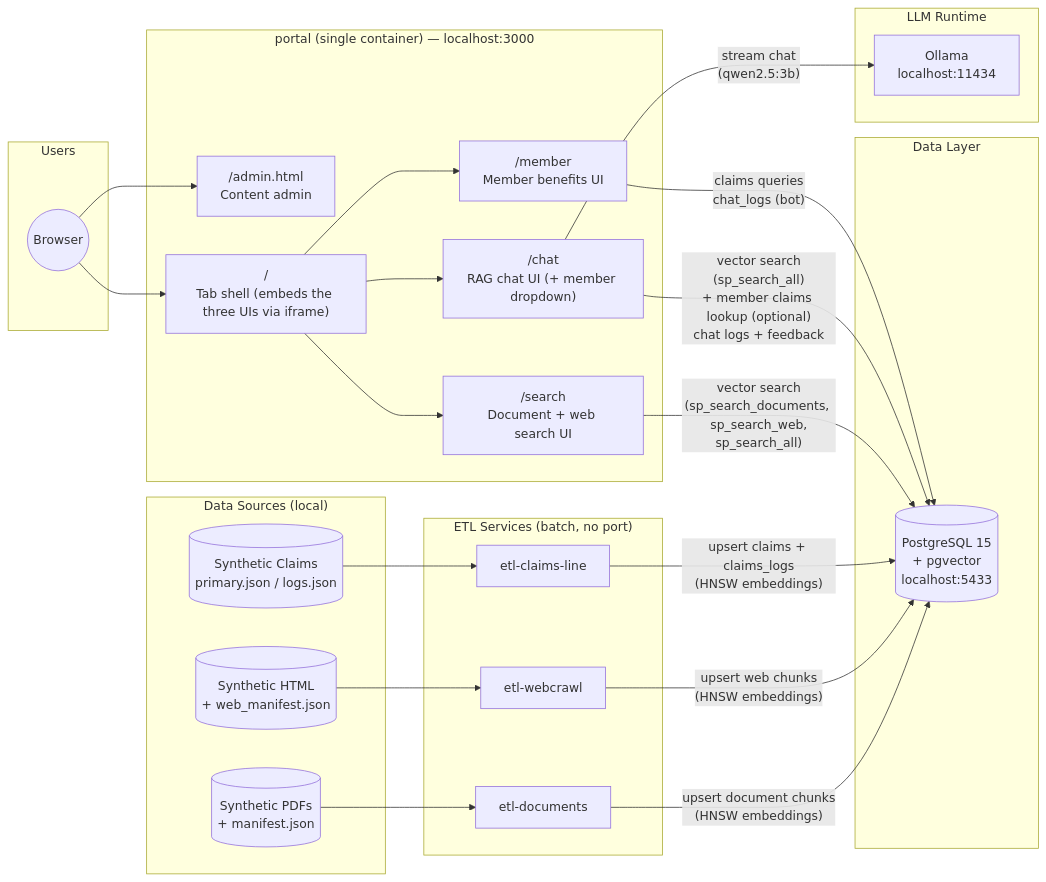
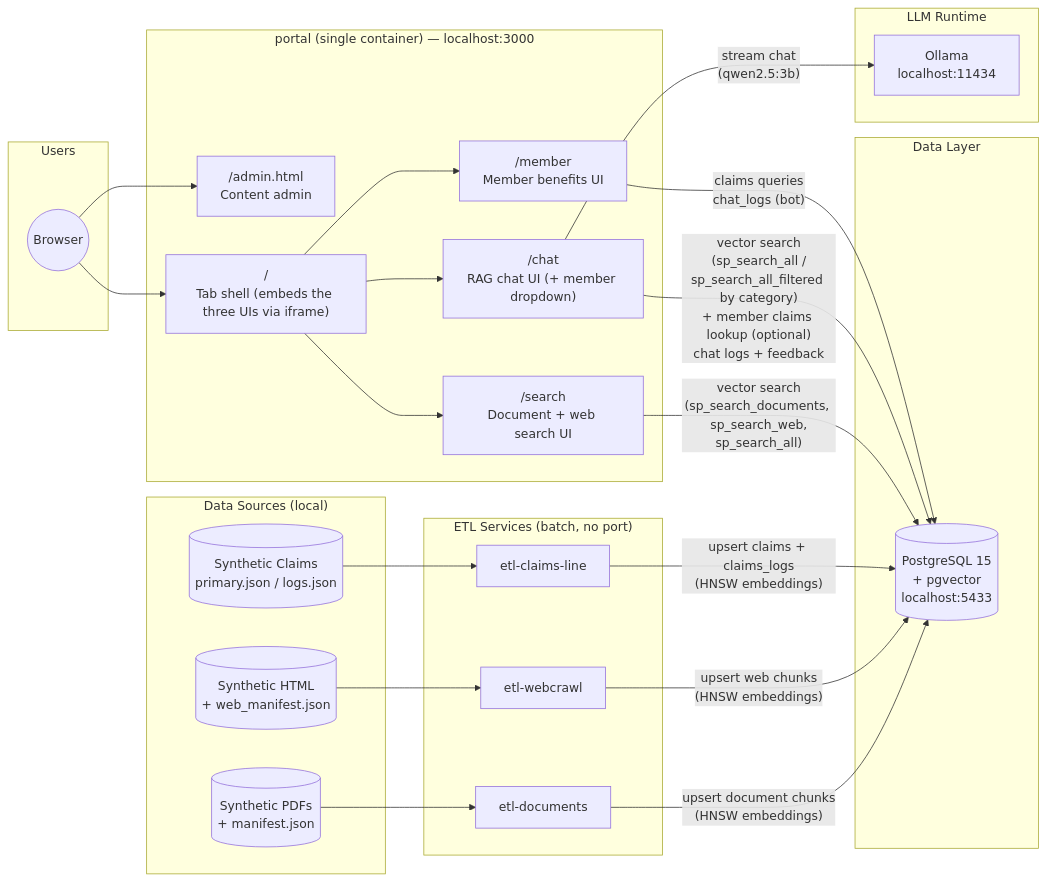
One commit to sjackshaw/document-search changed the first of 2 diagrams in docs/diagrams/system-architecture.md. Above: the diagram before and after it, drawn with Mermaid. The commit also changed 6 other files, not shown here.

````diff
--- a/docs/diagrams/system-architecture.md
+++ b/docs/diagrams/system-architecture.md
@@ -5,54 +5,54 @@
 ```mermaid
 graph LR
     subgraph Sources["Data Sources (local)"]
         pdfs[("Synthetic PDFs\n+ manifest.json")]
         html[("Synthetic HTML\n+ web_manifest.json")]
         claims_json[("Synthetic Claims\nprimary.json / logs.json")]
     end
 
     subgraph ETL["ETL Services (batch, no port)"]
         etl_docs["etl-documents"]
         etl_web["etl-webcrawl"]
         etl_claims["etl-claims-line"]
     end
 
     subgraph DB["Data Layer"]
         postgres[("PostgreSQL 15\n+ pgvector\nlocalhost:5433")]
     end
 
     subgraph LLM["LLM Runtime"]
         ollama["Ollama\nlocalhost:11434"]
     end
 
     subgraph Portal["portal (single container) — localhost:3000"]
         search_ui["/search\nDocument + web search UI"]
         chat_ui["/chat\nRAG chat UI (+ member dropdown)"]
         member_ui["/member\nMember benefits UI"]
         admin_ui["/admin.html\nContent admin"]
         shell["/\nTab shell (embeds the three UIs via iframe)"]
     end
 
     subgraph Users["Users"]
         browser(("Browser"))
     end
 
     pdfs --> etl_docs
     html --> etl_web
     claims_json --> etl_claims
 
     etl_docs -- "upsert document chunks\n(HNSW embeddings)" --> postgres
     etl_web -- "upsert web chunks\n(HNSW embeddings)" --> postgres
     etl_claims -- "upsert claims + claims_logs\n(HNSW embeddings)" --> postgres
 
     search_ui -- "vector search\n(sp_search_documents, sp_search_web,\nsp_search_all)" --> postgres
-    chat_ui -- "vector search\n(sp_search_all)\n+ member claims lookup (optional)\nchat logs + feedback" --> postgres
+    chat_ui -- "vector search\n(sp_search_all /\nsp_search_all_filtered by category)\n+ member claims lookup (optional)\nchat logs + feedback" --> postgres
     member_ui -- "claims queries\nchat_logs (bot)" --> postgres
 
     chat_ui -- "stream chat\n(qwen2.5:3b)" --> ollama
 
     browser --> shell
     shell --> search_ui
     shell --> chat_ui
     shell --> member_ui
     browser --> admin_ui
 ```
````
